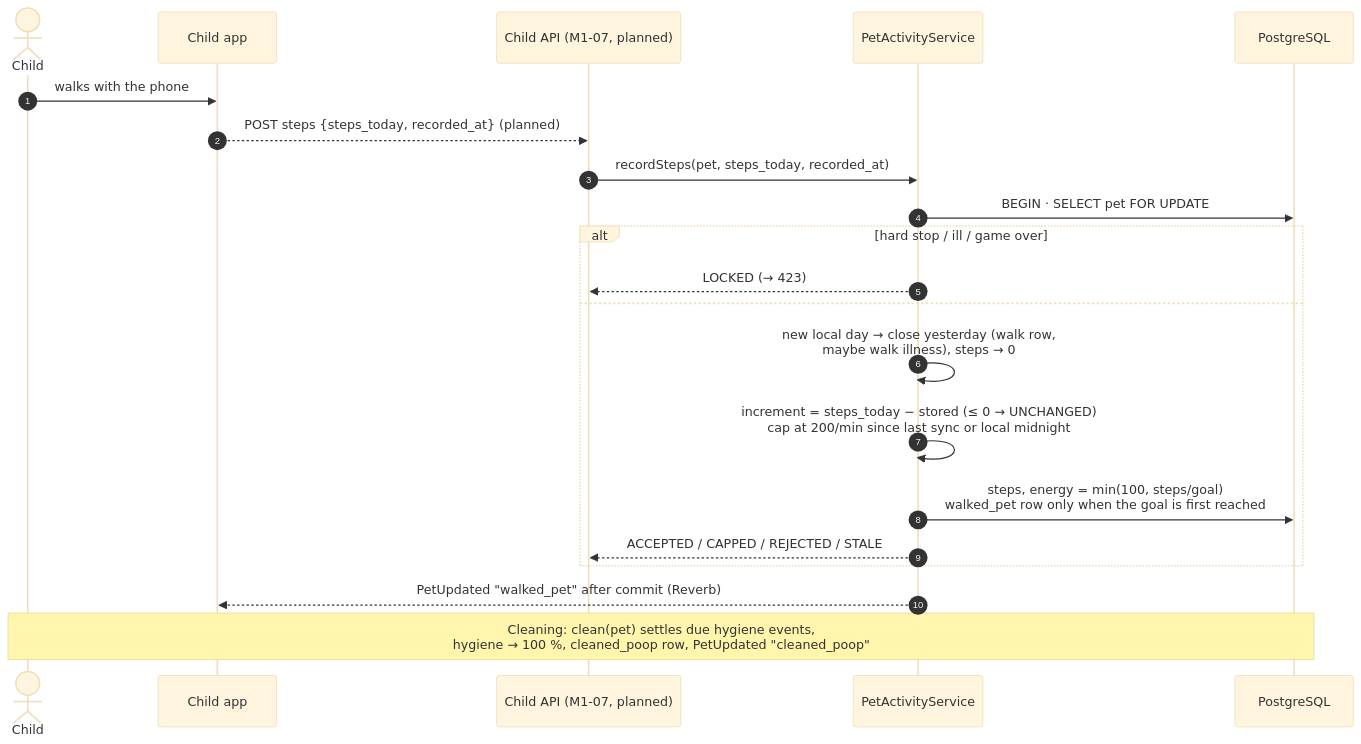
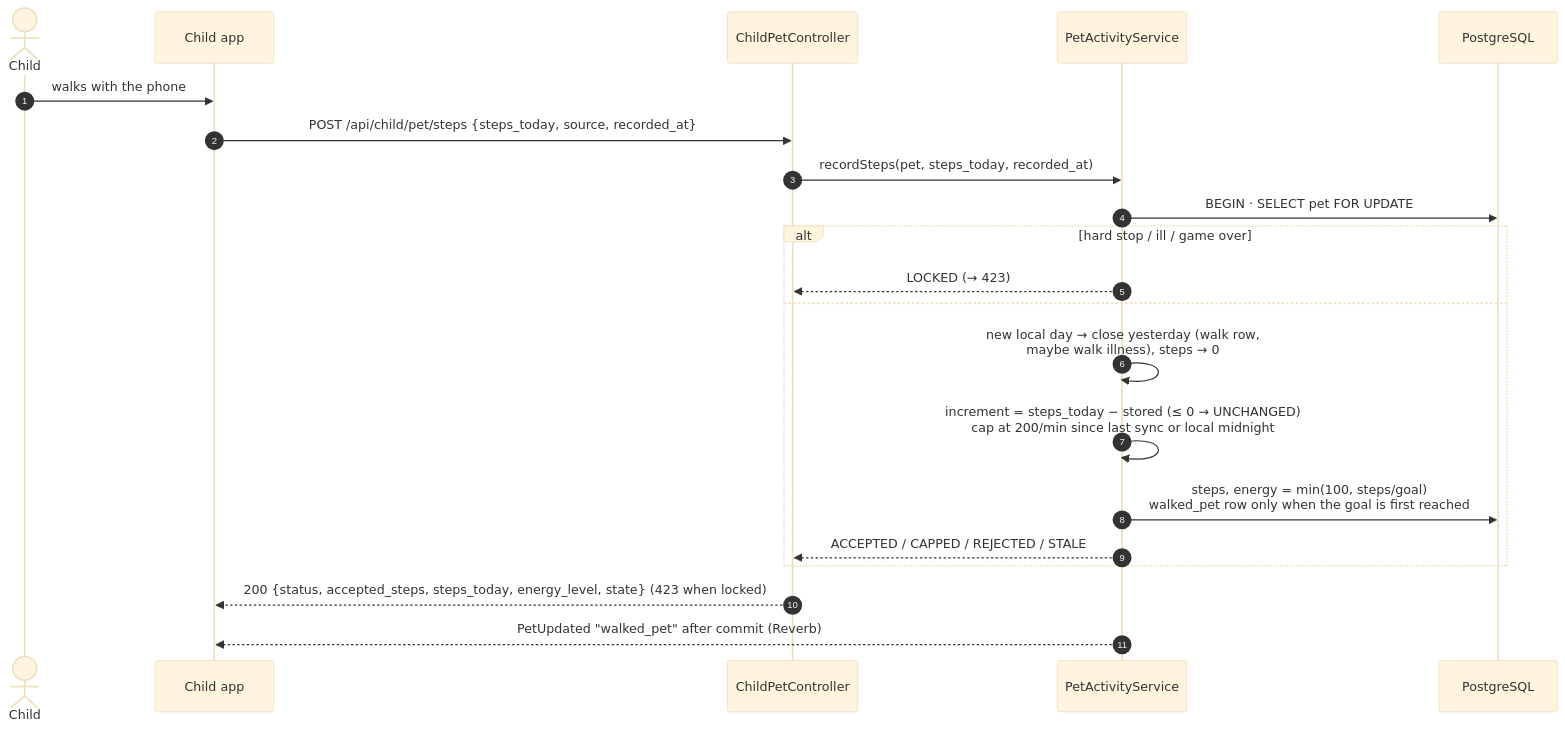
One commit to DataVallis/pet-prep changed the eighth of 10 diagrams in docs/engineering/DIAGRAMS.md. Above: the diagram before and after it, drawn with Mermaid (base theme). The commit also changed other lines of this file and 9 other files, not shown here.

First line of the commit message:
docs: child action API — contract, decisions, diagrams, handoff [M1-07]

````diff
--- a/docs/engineering/DIAGRAMS.md
+++ b/docs/engineering/DIAGRAMS.md
@@ -164,23 +205,23 @@
 ```mermaid
 sequenceDiagram
   autonumber
   actor Child
   participant App as Child app
-  participant API as Child API (M1-07, planned)
+  participant API as ChildPetController
   participant S as PetActivityService
   participant DB as PostgreSQL
   Child->>App: walks with the phone
-  App-->>API: POST steps {steps_today, recorded_at} (planned)
+  App->>API: POST /api/child/pet/steps {steps_today, source, recorded_at}
   API->>S: recordSteps(pet, steps_today, recorded_at)
   S->>DB: BEGIN · SELECT pet FOR UPDATE
   alt hard stop / ill / game over
     S-->>API: LOCKED (→ 423)
   else
     S->>S: new local day → close yesterday (walk row,<br/>maybe walk illness), steps → 0
     S->>S: increment = steps_today − stored (≤ 0 → UNCHANGED)<br/>cap at 200/min since last sync or local midnight
     S->>DB: steps, energy = min(100, steps/goal)<br/>walked_pet row only when the goal is first reached
     S-->>API: ACCEPTED / CAPPED / REJECTED / STALE
   end
+  API-->>App: 200 {status, accepted_steps, steps_today, energy_level, state} (423 when locked)
   S-->>App: PetUpdated "walked_pet" after commit (Reverb)
-  Note over Child,DB: Cleaning: clean(pet) settles due hygiene events,<br/>hygiene → 100 %, cleaned_poop row, PetUpdated "cleaned_poop"
 ```
````
